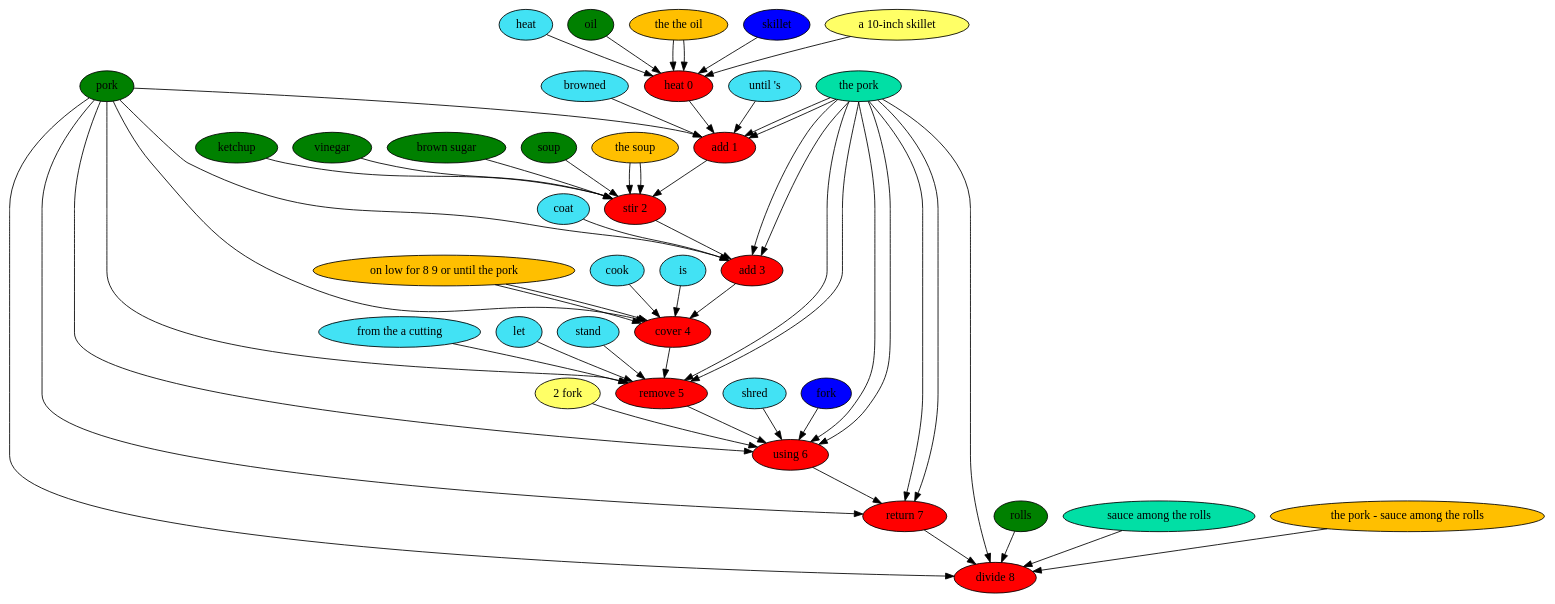
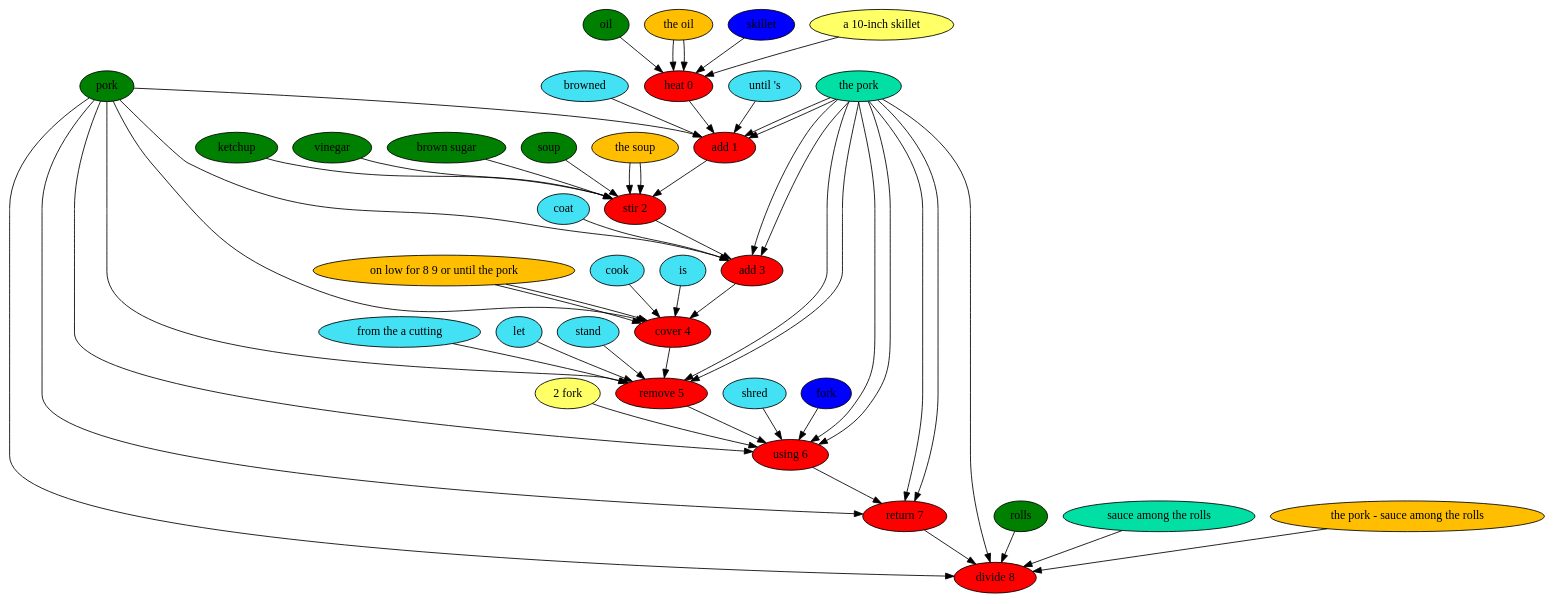
The diagram in results/paper/campbells-slow-cooked-pulled-pork-sandwiches.dot (can-keklik/RecipePostagger), drawn with Graphviz before and after one commit. The commit also changed 70 other files, not shown here.

```diff
--- a/results/paper/campbells-slow-cooked-pulled-pork-sandwiches.dot
+++ b/results/paper/campbells-slow-cooked-pulled-pork-sandwiches.dot
@@ -1,111 +1,109 @@
 digraph G {
 "heat 0" [style=filled, fillcolor=red];
-heat [style=filled, fillcolor="#42e2f4"];
-heat -> "heat 0";
 oil [style=filled, fillcolor=green];
 oil -> "heat 0";
-"the the oil" [style=filled, fillcolor="#01DFA5"];
-"the the oil" -> "heat 0";
+"the oil" [style=filled, fillcolor="#01DFA5"];
+"the oil" -> "heat 0";
 skillet [style=filled, fillcolor="#0000ff"];
 skillet -> "heat 0";
 "a 10-inch skillet" [style=filled, fillcolor="#ffff66"];
 "a 10-inch skillet" -> "heat 0";
-"the the oil" [style=filled, fillcolor="#FFBF00"];
-"the the oil" -> "heat 0";
+"the oil" [style=filled, fillcolor="#FFBF00"];
+"the oil" -> "heat 0";
 "add 1" [style=filled, fillcolor=red];
 "until 's" [style=filled, fillcolor="#42e2f4"];
 "until 's" -> "add 1";
 browned [style=filled, fillcolor="#42e2f4"];
 browned -> "add 1";
 pork [style=filled, fillcolor=green];
 pork -> "add 1";
 "the pork" [style=filled, fillcolor="#01DFA5"];
 "the pork" -> "add 1";
 "the pork" [style=filled, fillcolor="#FFBF00"];
 "the pork" -> "add 1";
 "stir 2" [style=filled, fillcolor=red];
 soup [style=filled, fillcolor=green];
 soup -> "stir 2";
 "the soup" [style=filled, fillcolor="#01DFA5"];
 "the soup" -> "stir 2";
 ketchup [style=filled, fillcolor=green];
 ketchup -> "stir 2";
 vinegar [style=filled, fillcolor=green];
 vinegar -> "stir 2";
 "brown sugar" [style=filled, fillcolor=green];
 "brown sugar" -> "stir 2";
 "the soup" [style=filled, fillcolor="#FFBF00"];
 "the soup" -> "stir 2";
 "add 3" [style=filled, fillcolor=red];
 coat [style=filled, fillcolor="#42e2f4"];
 coat -> "add 3";
 pork [style=filled, fillcolor=green];
 pork -> "add 3";
 "the pork" [style=filled, fillcolor="#01DFA5"];
 "the pork" -> "add 3";
 "the pork" [style=filled, fillcolor="#FFBF00"];
 "the pork" -> "add 3";
 "cover 4" [style=filled, fillcolor=red];
 cook [style=filled, fillcolor="#42e2f4"];
 cook -> "cover 4";
 is [style=filled, fillcolor="#42e2f4"];
 is -> "cover 4";
 pork [style=filled, fillcolor=green];
 pork -> "cover 4";
 "on low for 8 9 or until the pork" [style=filled, fillcolor="#01DFA5"];
 "on low for 8 9 or until the pork" -> "cover 4";
 "on low for 8 9 or until the pork" [style=filled, fillcolor="#FFBF00"];
 "on low for 8 9 or until the pork" -> "cover 4";
 "remove 5" [style=filled, fillcolor=red];
 "from the a cutting" [style=filled, fillcolor="#42e2f4"];
 "from the a cutting" -> "remove 5";
 let [style=filled, fillcolor="#42e2f4"];
 let -> "remove 5";
 stand [style=filled, fillcolor="#42e2f4"];
 stand -> "remove 5";
 pork [style=filled, fillcolor=green];
 pork -> "remove 5";
 "the pork" [style=filled, fillcolor="#01DFA5"];
 "the pork" -> "remove 5";
 "the pork" [style=filled, fillcolor="#FFBF00"];
 "the pork" -> "remove 5";
 "using 6" [style=filled, fillcolor=red];
 shred [style=filled, fillcolor="#42e2f4"];
 shred -> "using 6";
 pork [style=filled, fillcolor=green];
 pork -> "using 6";
 "the pork" [style=filled, fillcolor="#01DFA5"];
 "the pork" -> "using 6";
 fork [style=filled, fillcolor="#0000ff"];
 fork -> "using 6";
 "2 fork" [style=filled, fillcolor="#ffff66"];
 "2 fork" -> "using 6";
 "the pork" [style=filled, fillcolor="#FFBF00"];
 "the pork" -> "using 6";
 "return 7" [style=filled, fillcolor=red];
 pork [style=filled, fillcolor=green];
 pork -> "return 7";
 "the pork" [style=filled, fillcolor="#01DFA5"];
 "the pork" -> "return 7";
 "the pork" [style=filled, fillcolor="#FFBF00"];
 "the pork" -> "return 7";
 "divide 8" [style=filled, fillcolor=red];
 pork [style=filled, fillcolor=green];
 pork -> "divide 8";
 "the pork" [style=filled, fillcolor="#01DFA5"];
 "the pork" -> "divide 8";
 rolls [style=filled, fillcolor=green];
 rolls -> "divide 8";
 "sauce among the rolls" [style=filled, fillcolor="#01DFA5"];
 "sauce among the rolls" -> "divide 8";
 "the pork - sauce among the rolls" [style=filled, fillcolor="#FFBF00"];
 "the pork - sauce among the rolls" -> "divide 8";
 "heat 0" -> "add 1";
 "add 1" -> "stir 2";
 "stir 2" -> "add 3";
 "add 3" -> "cover 4";
 "cover 4" -> "remove 5";
 "remove 5" -> "using 6";
 "using 6" -> "return 7";
 "return 7" -> "divide 8";
 }
```
